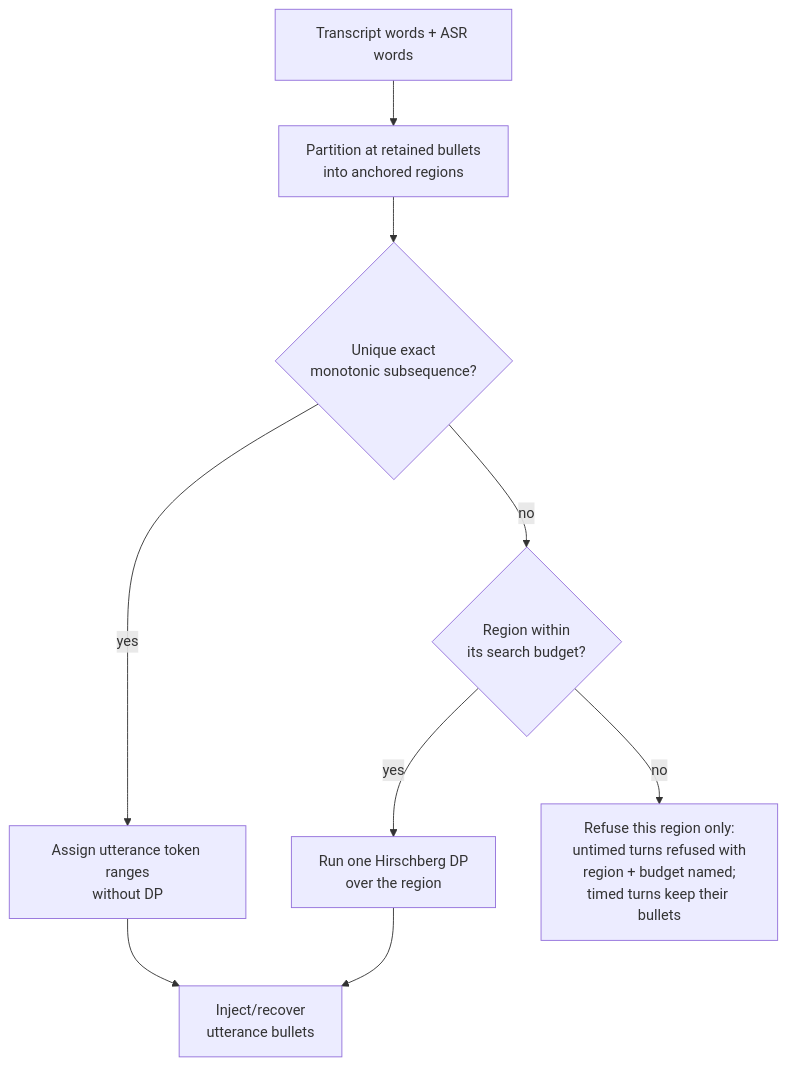
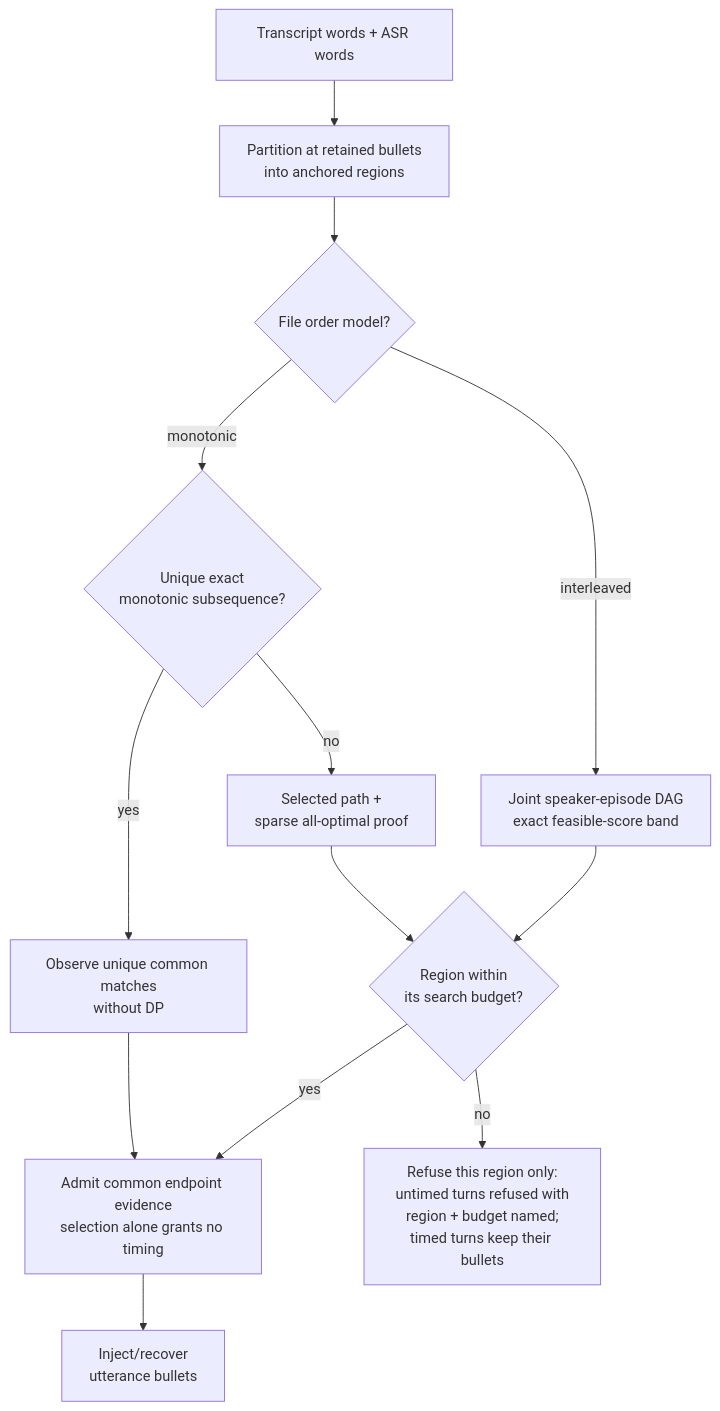
One commit to FranklinChen/talkbank-tools changed the fourth of 16 diagrams in book/src/batchalign/reference/forced-alignment.md. Above: the diagram before and after it, drawn with Mermaid. The commit also changed other lines of this file and 61 other files, not shown here.

````diff
--- a/book/src/batchalign/reference/forced-alignment.md
+++ b/book/src/batchalign/reference/forced-alignment.md
@@ -307,17 +310,24 @@
 ```mermaid
 flowchart TD
     words["Transcript words + ASR words"]
-    regions["Partition at retained bullets\ninto anchored regions"]
-    budget{"Region within\nits search budget?"}
-    refused["Refuse this region only:\nuntimed turns refused with\nregion + budget named;\ntimed turns keep their bullets"]
-    unique{"Unique exact\nmonotonic subsequence?"}
-    exact["Assign utterance token ranges\nwithout DP"]
-    dp["Run one Hirschberg DP\nover the region"]
-    bullets["Inject/recover\nutterance bullets"]
+    regions["Partition at retained bullets<br/>into anchored regions"]
+    budget{"Region within<br/>its search budget?"}
+    refused["Refuse this region only:<br/>untimed turns refused with<br/>region + budget named;<br/>timed turns keep their bullets"]
+    order{"File order model?"}
+    unique{"Unique exact<br/>monotonic subsequence?"}
+    exact["Observe unique common matches<br/>without DP"]
+    monotonic["Selected path +<br/>sparse all-optimal proof"]
+    joint["Joint speaker-episode DAG<br/>exact feasible-score band"]
+    common["Admit common endpoint evidence<br/>selection alone grants no timing"]
+    bullets["Inject/recover<br/>utterance bullets"]
 
-    words --> regions --> unique
-    unique -->|"yes"| exact --> bullets
-    unique -->|"no"| budget
-    budget -->|"yes"| dp --> bullets
+    words --> regions --> order
+    order -->|"monotonic"| unique
+    order -->|"interleaved"| joint
+    unique -->|"yes"| exact --> common
+    unique -->|"no"| monotonic
+    monotonic --> budget
+    joint --> budget
+    budget -->|"yes"| common --> bullets
     budget -->|"no"| refused
 ```
````
